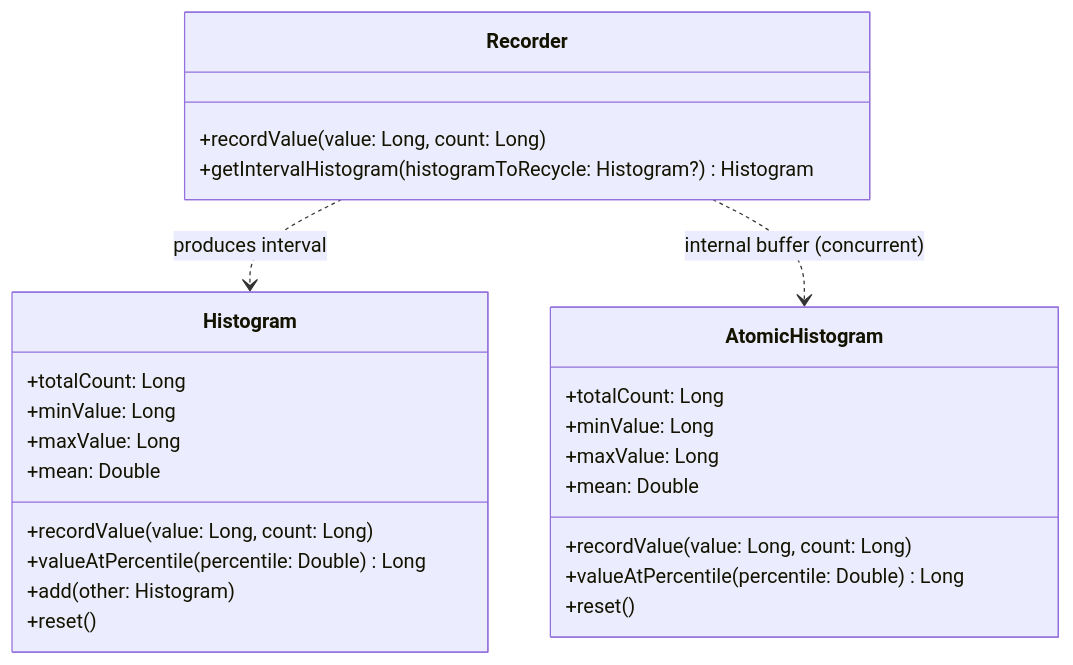
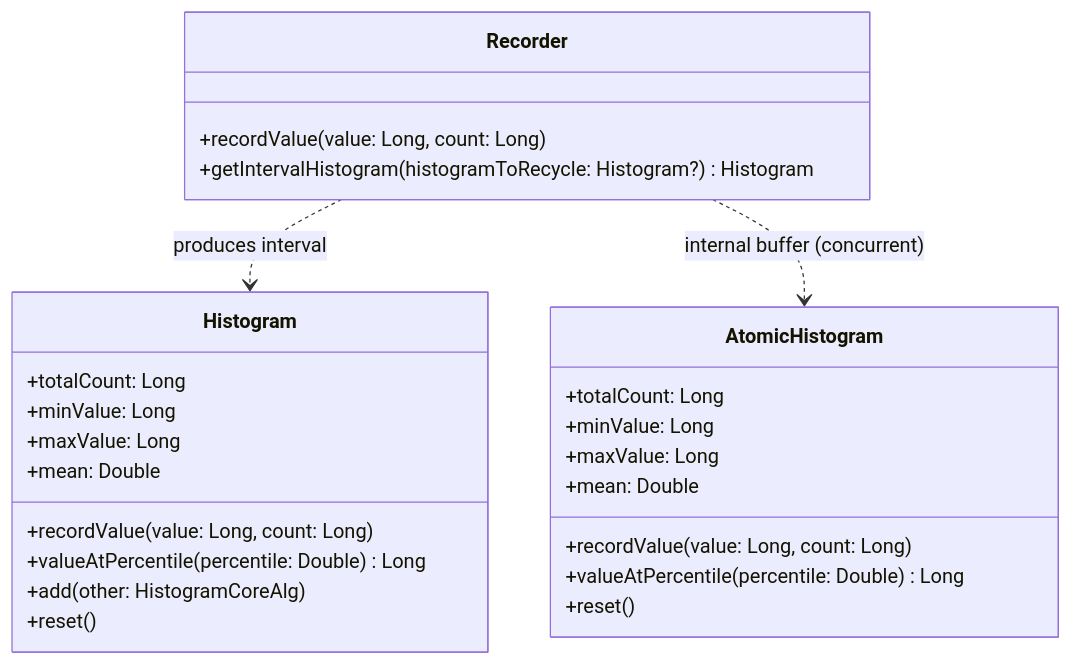
One commit to dsqrwym/HdrHistogram-Kotlin changed the diagram in README.es.md. Above: the diagram before and after it, drawn with Mermaid. The commit also changed other lines of this file and 2 other files, not shown here.

````diff
--- a/README.es.md
+++ b/README.es.md
@@ -82,32 +85,32 @@
 ```mermaid
 classDiagram
     direction TB
     class Histogram {
         +totalCount: Long
         +minValue: Long
         +maxValue: Long
         +mean: Double
         +recordValue(value: Long, count: Long)
         +valueAtPercentile(percentile: Double) Long
-        +add(other: Histogram)
+        +add(other: HistogramCoreAlg)
         +reset()
     }
 
     class AtomicHistogram {
         +totalCount: Long
         +minValue: Long
         +maxValue: Long
         +mean: Double
         +recordValue(value: Long, count: Long)
         +valueAtPercentile(percentile: Double) Long
         +reset()
     }
 
     class Recorder {
         +recordValue(value: Long, count: Long)
         +getIntervalHistogram(histogramToRecycle: Histogram?) Histogram
     }
 
     Recorder ..> Histogram : produces interval
     Recorder ..> AtomicHistogram : internal buffer (concurrent)
 ```
````
